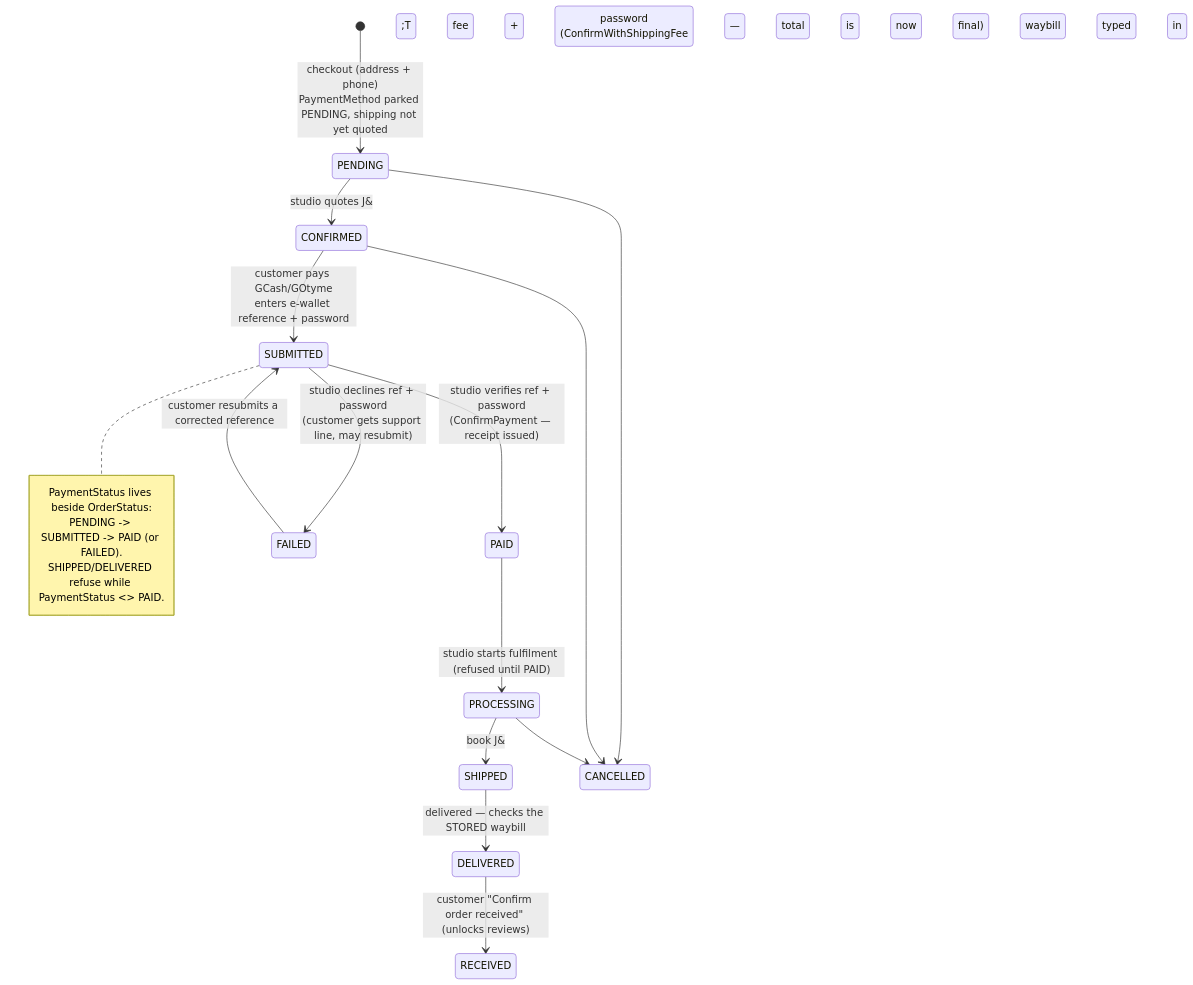
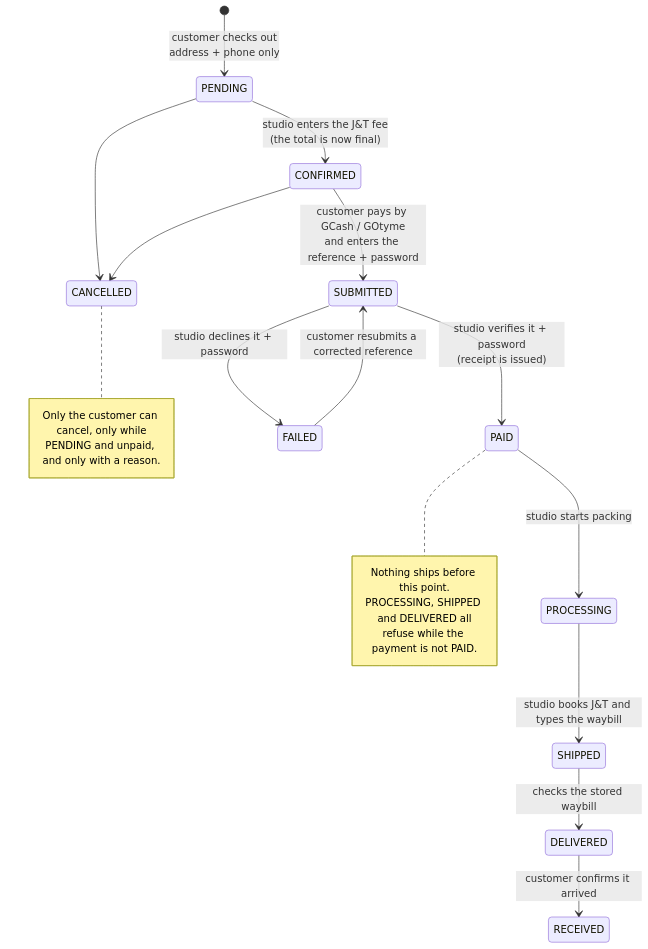
Before and after one commit to JamesMangao/STAR-DOM: the second of 2 diagrams in ARCHITECTURE-DIAGRAM.md, drawn with Mermaid. The commit also changed other lines of this file and 118 other files, not shown here.

````diff
--- a/ARCHITECTURE-DIAGRAM.md
+++ b/ARCHITECTURE-DIAGRAM.md
@@ -108,21 +149,27 @@
 ```mermaid
 stateDiagram-v2
-    [*] --> PENDING: checkout (address + phone)<br/>PaymentMethod parked PENDING, shipping not yet quoted
-    PENDING --> CONFIRMED: studio quotes J&amp;T fee + password<br/>(ConfirmWithShippingFee — total is now final)
-    CONFIRMED --> SUBMITTED: customer pays GCash/GOtyme<br/>enters e-wallet reference + password
-    SUBMITTED --> PAID: studio verifies ref + password<br/>(ConfirmPayment — receipt issued)
-    SUBMITTED --> FAILED: studio declines ref + password<br/>(customer gets support line, may resubmit)
+    [*] --> PENDING: customer checks out<br/>address + phone only
+    PENDING --> CONFIRMED: studio enters the J&T fee<br/>(the total is now final)
+    CONFIRMED --> SUBMITTED: customer pays by GCash / GOtyme<br/>and enters the reference + password
+    SUBMITTED --> PAID: studio verifies it + password<br/>(receipt is issued)
+    SUBMITTED --> FAILED: studio declines it + password
     FAILED --> SUBMITTED: customer resubmits a corrected reference
-    PAID --> PROCESSING: studio starts fulfilment (refused until PAID)
-    PROCESSING --> SHIPPED: book J&amp;T — waybill typed in
-    SHIPPED --> DELIVERED: delivered — checks the STORED waybill
-    DELIVERED --> RECEIVED: customer "Confirm order received" (unlocks reviews)
+    PAID --> PROCESSING: studio starts packing
+    PROCESSING --> SHIPPED: studio books J&T and types the waybill
+    SHIPPED --> DELIVERED: checks the stored waybill
+    DELIVERED --> RECEIVED: customer confirms it arrived
+
     PENDING --> CANCELLED
     CONFIRMED --> CANCELLED
-    PROCESSING --> CANCELLED
-    note right of SUBMITTED
-        PaymentStatus lives beside OrderStatus:
-        PENDING -&gt; SUBMITTED -&gt; PAID (or FAILED).
-        SHIPPED/DELIVERED refuse while PaymentStatus &lt;&gt; PAID.
+
+    note right of PAID
+        Nothing ships before this point.
+        PROCESSING, SHIPPED and DELIVERED all
+        refuse while the payment is not PAID.
+    end note
+
+    note right of CANCELLED
+        Only the customer can cancel, only while
+        PENDING and unpaid, and only with a reason.
     end note
 ```
````
